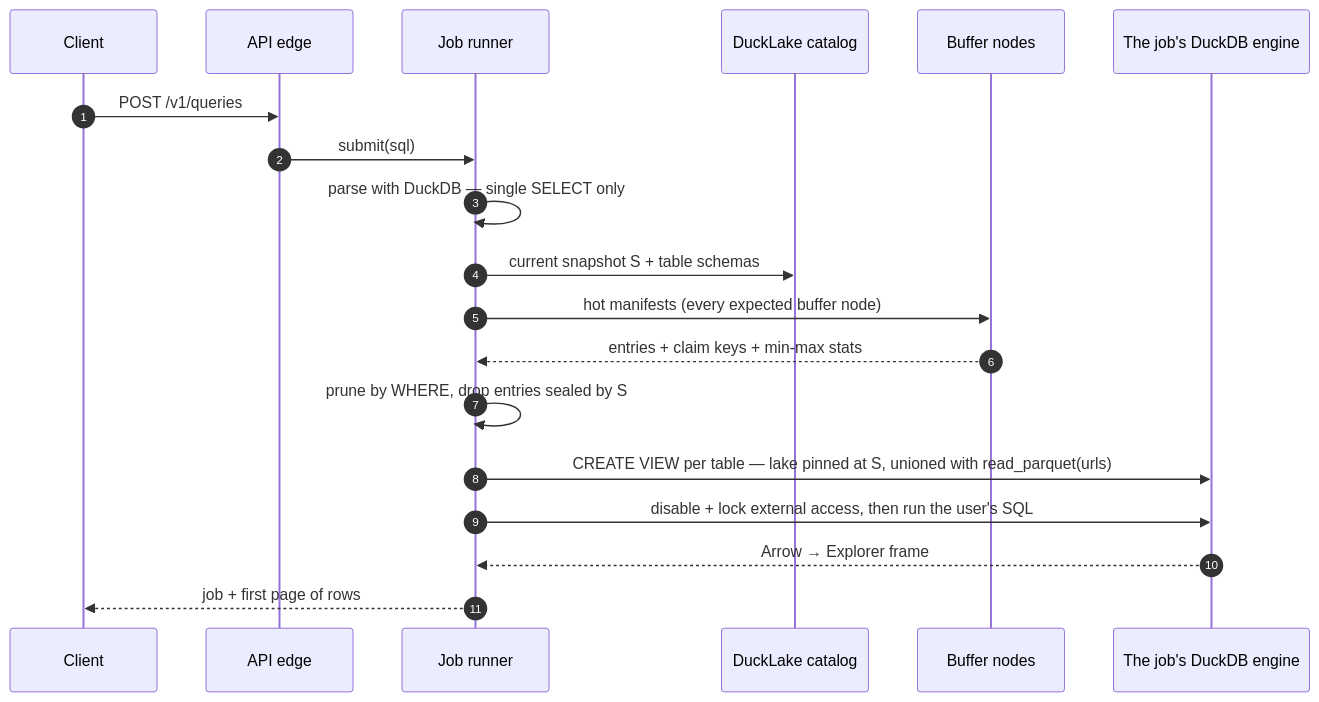
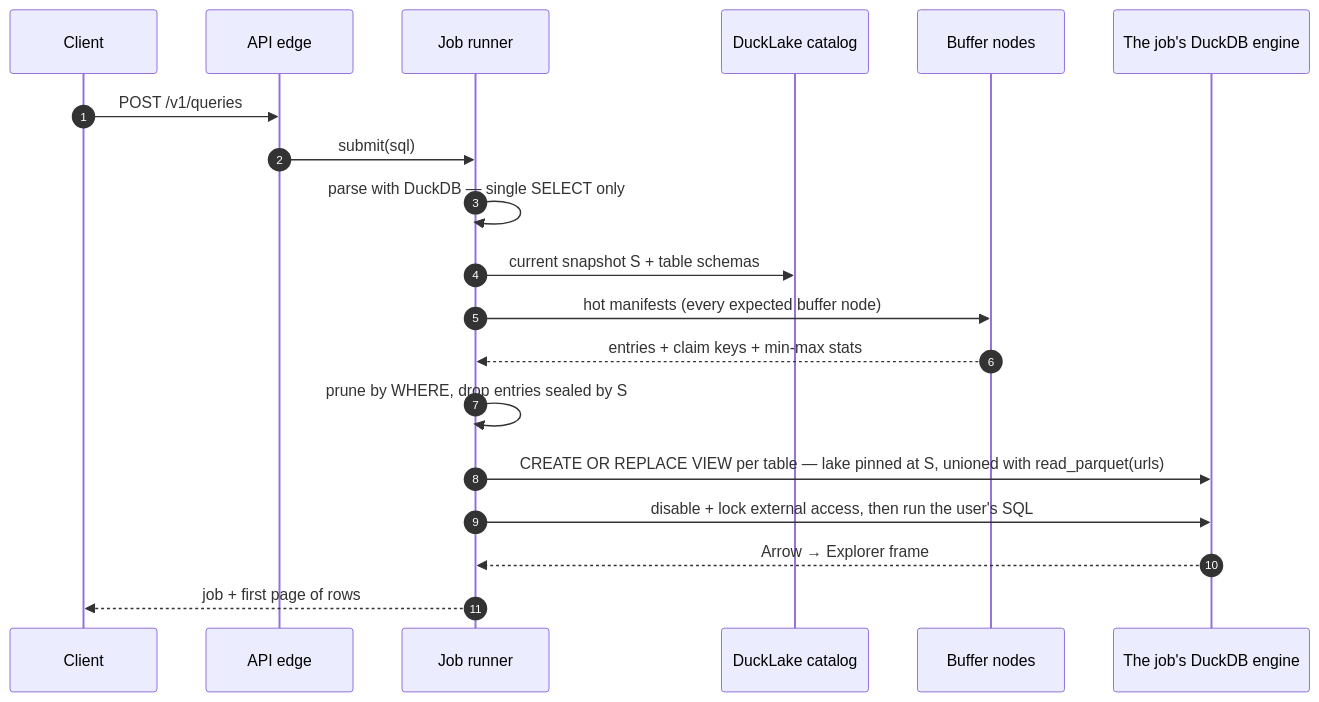
The second of 2 diagrams in docs/architecture.md (chasers/smolquery), drawn with Mermaid before and after one commit. The commit also changed other lines of this file and 5 other files, not shown here.

````diff
--- a/docs/architecture.md
+++ b/docs/architecture.md
@@ -800,22 +800,22 @@
 ```mermaid
 sequenceDiagram
     autonumber
     participant C as Client
     participant A as API edge
     participant J as Job runner
     participant Cat as DuckLake catalog
     participant B as Buffer nodes
     participant E as The job's DuckDB engine
 
     C->>A: POST /v1/queries
     A->>J: submit(sql)
     J->>J: parse with DuckDB — single SELECT only
     J->>Cat: current snapshot S + table schemas
     J->>B: hot manifests (every expected buffer node)
     B-->>J: entries + claim keys + min-max stats
     J->>J: prune by WHERE, drop entries sealed by S
-    J->>E: CREATE VIEW per table — lake pinned at S, unioned with read_parquet(urls)
+    J->>E: CREATE OR REPLACE VIEW per table — lake pinned at S, unioned with read_parquet(urls)
     J->>E: disable + lock external access, then run the user's SQL
     E-->>J: Arrow → Explorer frame
     J-->>C: job + first page of rows
 ```
````
